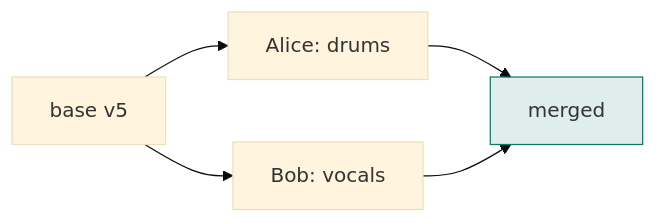
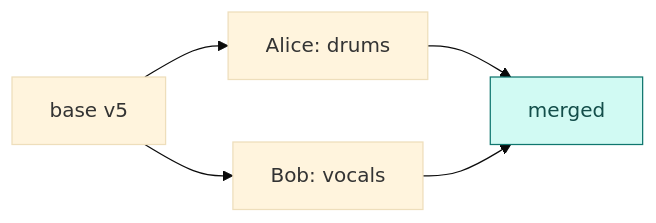
The second of 3 diagrams in docs/ARCHITECTURE.md (sep-lab/Wit), drawn with Mermaid (base theme) before and after one commit. The commit also changed other lines of this file and 1 other file, not shown here.

First line of the commit message:
Use 6-digit hex in mermaid styles for GitHub's renderer

````diff
--- a/docs/ARCHITECTURE.md
+++ b/docs/ARCHITECTURE.md
@@ -112,8 +112,8 @@
 ```mermaid
 flowchart LR
     B["base v5"] --> A["Alice: drums"]
     B --> C["Bob: vocals"]
     A --> M["merged"]
     C --> M
-    style M fill:#0f766e22,stroke:#0f766e
+    style M fill:#d1faf3,stroke:#0f766e,color:#134e4a
 ```
````
